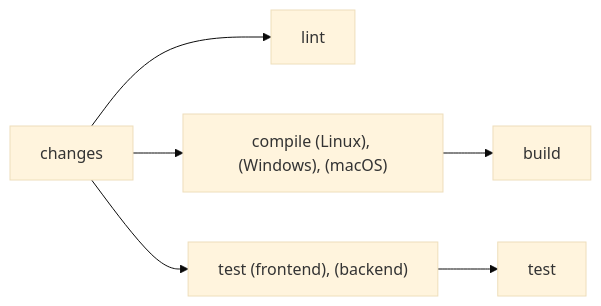
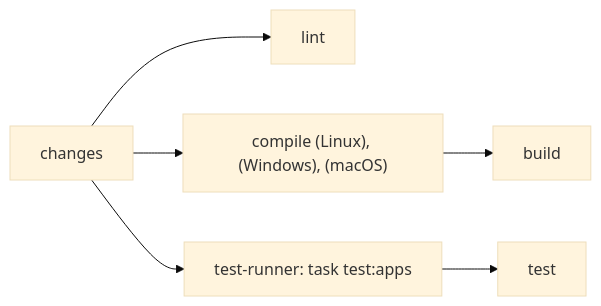
One commit to SoltuneMontepre/medilab changed the second of 4 diagrams in docs/infrastructure/pipelines.md. Above: the diagram before and after it, drawn with Mermaid (base theme). The commit also changed other lines of this file and 6 other files, not shown here.

````diff
--- a/docs/infrastructure/pipelines.md
+++ b/docs/infrastructure/pipelines.md
@@ -93,6 +93,6 @@
 ```mermaid
 flowchart LR
     changes --> lint
     changes --> compile["compile (Linux), (Windows), (macOS)"] --> build
-    changes --> runners["test (frontend), (backend)"] --> test
+    changes --> runners["test-runner: task test:apps"] --> test
 ```
````
